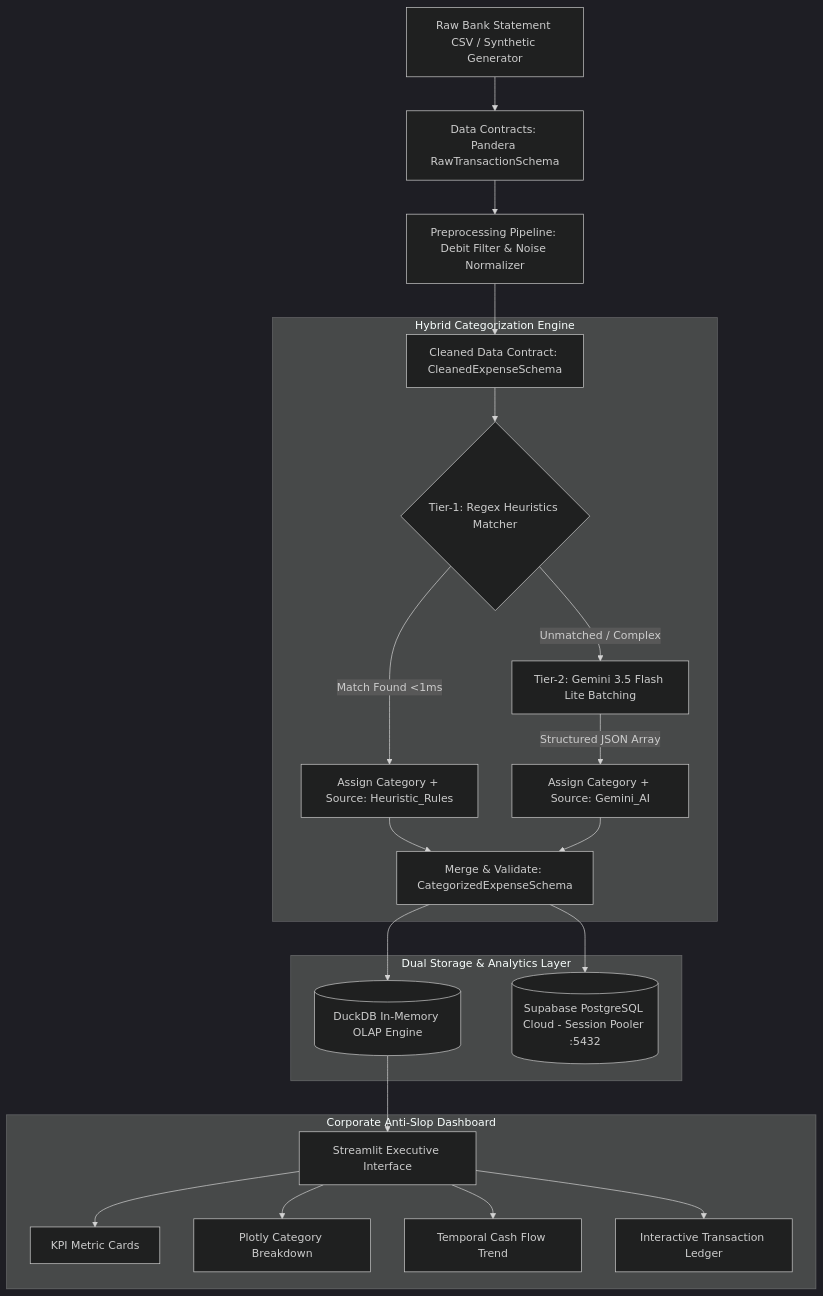
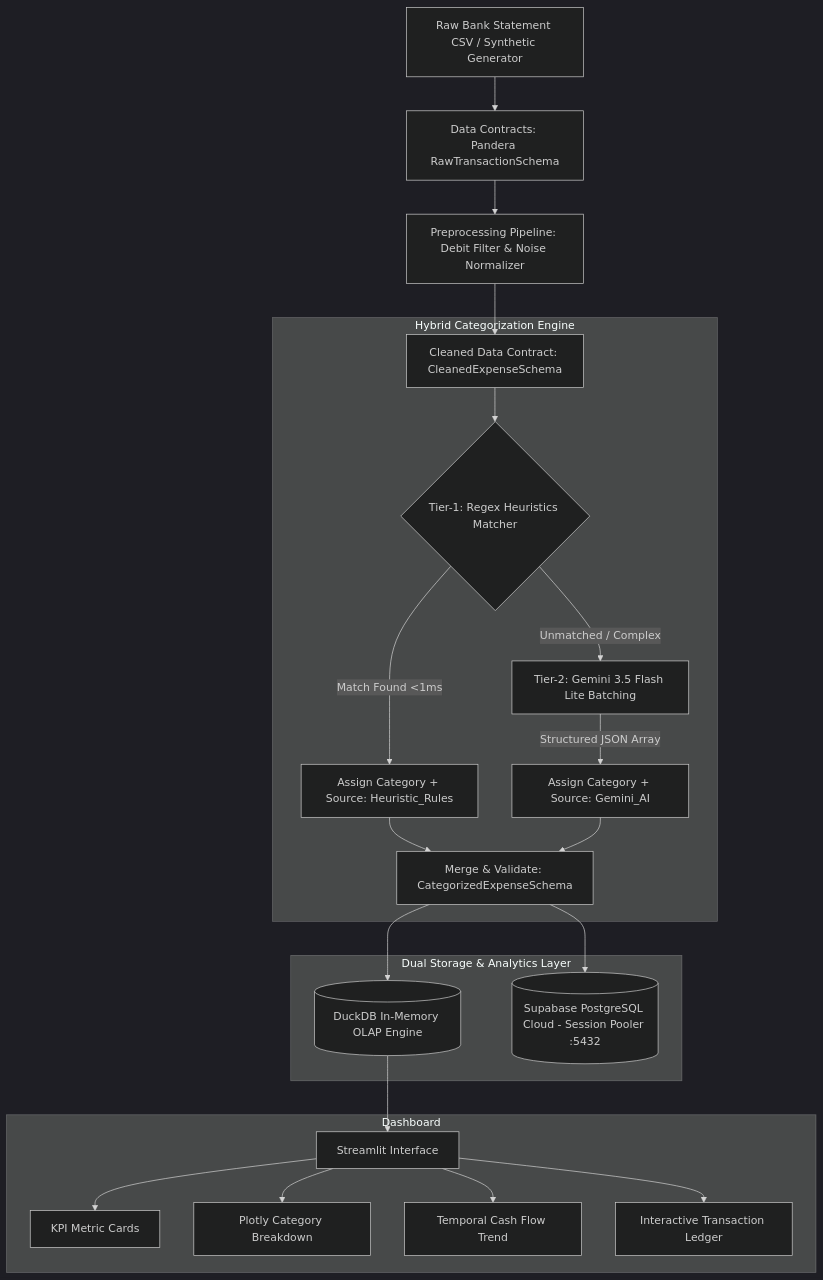
Before and after one commit to brianilham/ai-expense-categorizer: the diagram in README.md, drawn with Mermaid (dark theme). The commit also changed other lines of this file and 3 other files, not shown here.

````diff
--- a/README.md
+++ b/README.md
@@ -19,28 +19,28 @@
 ```mermaid
 flowchart TD
     A[Raw Bank Statement CSV / Synthetic Generator] --> B[Data Contracts: Pandera RawTransactionSchema]
     B --> C[Preprocessing Pipeline: Debit Filter & Noise Normalizer]
     C --> D[Cleaned Data Contract: CleanedExpenseSchema]
     
     subgraph Hybrid Categorization Engine
         D --> E{Tier-1: Regex Heuristics Matcher}
         E -->|Match Found <1ms| F[Assign Category + Source: Heuristic_Rules]
         E -->|Unmatched / Complex| G[Tier-2: Gemini 3.5 Flash Lite Batching]
         G -->|Structured JSON Array| H[Assign Category + Source: Gemini_AI]
         F --> I[Merge & Validate: CategorizedExpenseSchema]
         H --> I
     end
 
     subgraph Dual Storage & Analytics Layer
         I --> J[(DuckDB In-Memory OLAP Engine)]
         I --> K[(Supabase PostgreSQL Cloud - Session Pooler :5432)]
     end
 
-    subgraph Corporate Anti-Slop Dashboard
-        J --> L[Streamlit Executive Interface]
+    subgraph Dashboard
+        J --> L[Streamlit Interface]
         L --> M[KPI Metric Cards]
         L --> N[Plotly Category Breakdown]
         L --> O[Temporal Cash Flow Trend]
         L --> P[Interactive Transaction Ledger]
     end
 ```
````
